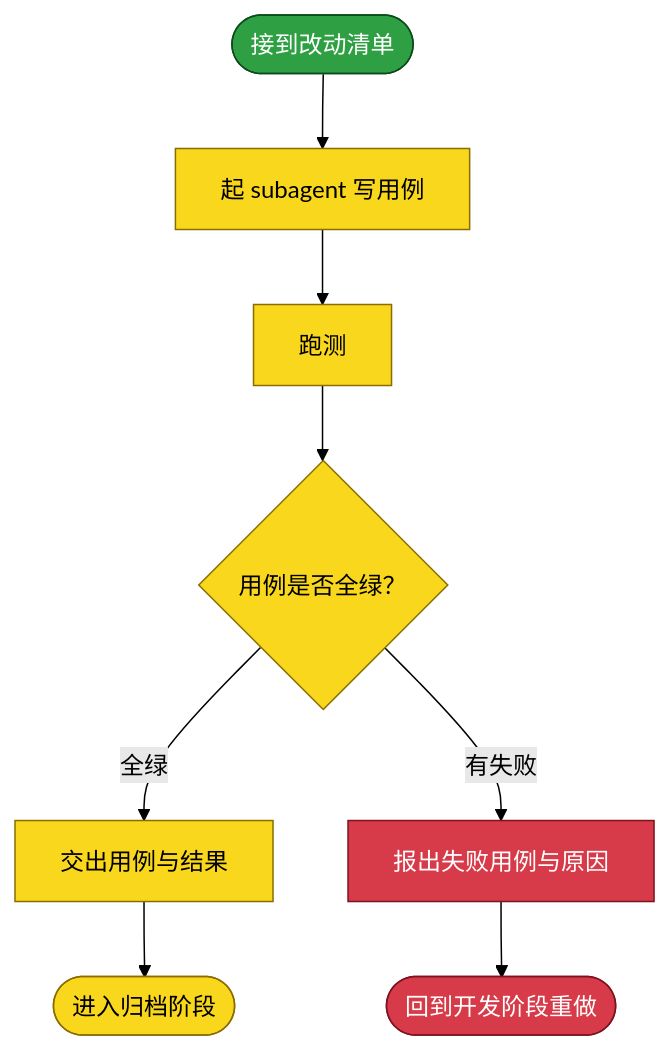
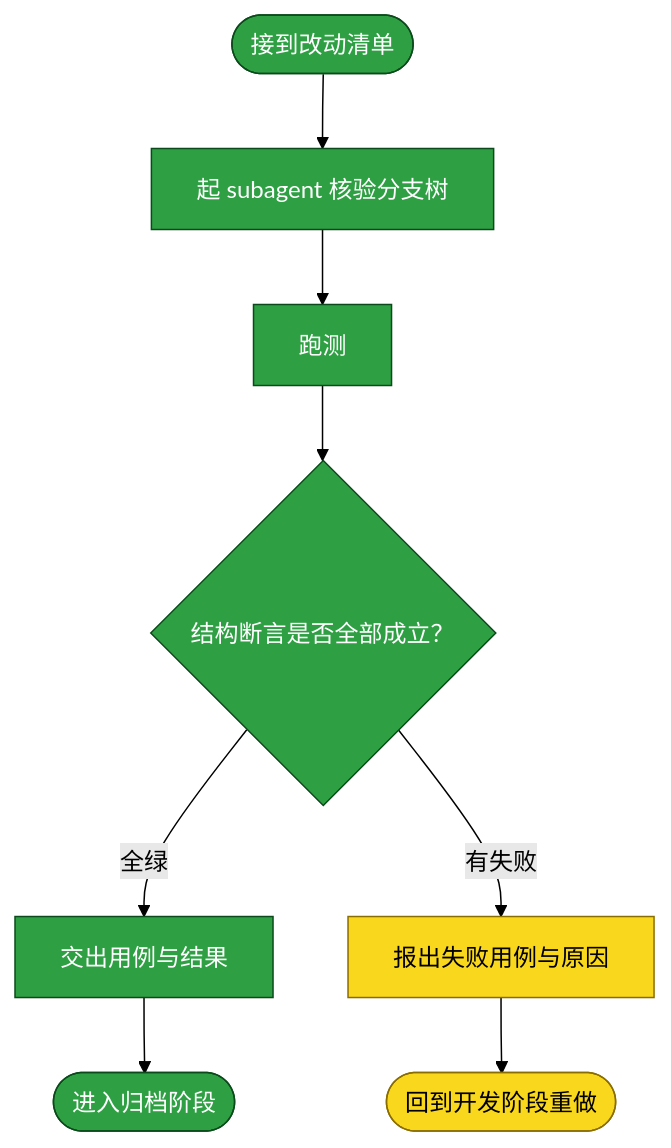
The third of 5 diagrams in assets/inbox/req.knowledge-base.assets-branch-split.20261009-133633.md (yunjies/knowledge-base), drawn with Mermaid (forest theme) before and after one commit. The commit also changed other lines of this file, not shown here.

````diff
--- a/assets/inbox/req.knowledge-base.assets-branch-split.20261009-133633.md
+++ b/assets/inbox/req.knowledge-base.assets-branch-split.20261009-133633.md
@@ -283,17 +283,17 @@
 ```mermaid
 flowchart TB
-  T_IN(["接到改动清单"]) --> T_AGENT["起 subagent 写用例"]
+  T_IN(["接到改动清单"]) --> T_AGENT["起 subagent 核验分支树"]
   T_AGENT --> T_RUN["跑测"]
-  T_RUN --> T_VERDICT{"用例是否全绿？"}
+  T_RUN --> T_VERDICT{"结构断言是否全部成立？"}
   T_VERDICT -->|"全绿"| T_PASS["交出用例与结果"]
   T_VERDICT -->|"有失败"| T_FAIL["报出失败用例与原因"]
   T_PASS --> T_OUT(["进入归档阶段"])
   T_FAIL --> T_BACK(["回到开发阶段重做"])
 
   classDef todo fill:#f9d71c,stroke:#8a6d00,color:#000
   classDef done fill:#2ea043,stroke:#0b4a1b,color:#fff
   classDef stuck fill:#d73a49,stroke:#7d1220,color:#fff
   class T_IN done
-  class T_AGENT,T_RUN,T_VERDICT,T_PASS,T_OUT todo
-  class T_FAIL,T_BACK stuck
+  class T_AGENT,T_RUN,T_VERDICT,T_PASS,T_OUT done
+  class T_FAIL,T_BACK todo
 ```
````
